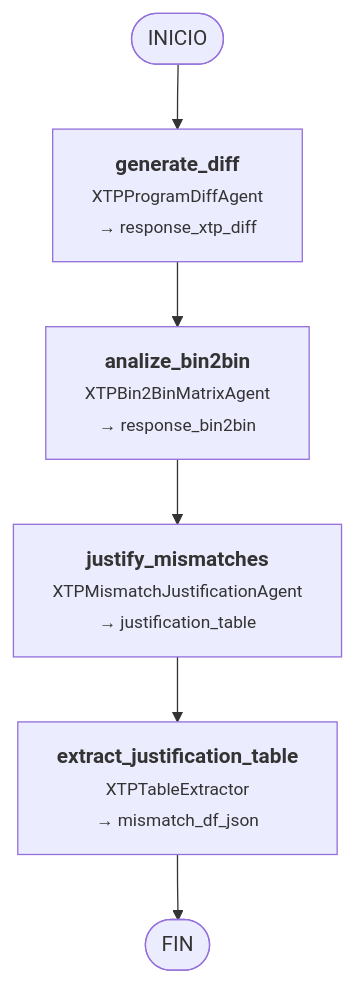
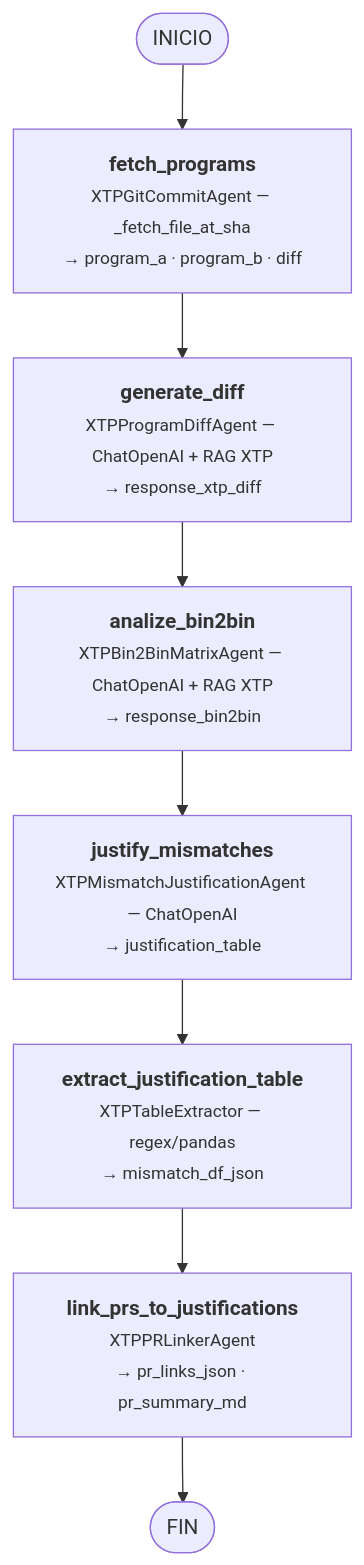
One commit to Aeacosta/LangChain101 changed the fourth of 9 diagrams in Diagrams_V2.md. Above: the diagram before and after it, drawn with Mermaid. The commit also changed other lines of this file and 16 other files, not shown here.

````diff
--- a/Diagrams_V2.md
+++ b/Diagrams_V2.md
@@ -38,15 +71,19 @@
 ```mermaid
 flowchart TD
     START([INICIO])
-    generate_diff["<b>generate_diff</b><br/><small>XTPProgramDiffAgent</small><br/><small>→ response_xtp_diff</small>"]
-    analize_bin2bin["<b>analize_bin2bin</b><br/><small>XTPBin2BinMatrixAgent</small><br/><small>→ response_bin2bin</small>"]
-    justify_mismatches["<b>justify_mismatches</b><br/><small>XTPMismatchJustificationAgent</small><br/><small>→ justification_table</small>"]
-    extract_justification_table["<b>extract_justification_table</b><br/><small>XTPTableExtractor</small><br/><small>→ mismatch_df_json</small>"]
+    fetch_programs["<b>fetch_programs</b><br/><small>XTPGitCommitAgent — _fetch_file_at_sha</small><br/><small>→ program_a · program_b · diff</small>"]
+    generate_diff["<b>generate_diff</b><br/><small>XTPProgramDiffAgent — ChatOpenAI + RAG XTP</small><br/><small>→ response_xtp_diff</small>"]
+    analize_bin2bin["<b>analize_bin2bin</b><br/><small>XTPBin2BinMatrixAgent — ChatOpenAI + RAG XTP</small><br/><small>→ response_bin2bin</small>"]
+    justify_mismatches["<b>justify_mismatches</b><br/><small>XTPMismatchJustificationAgent — ChatOpenAI</small><br/><small>→ justification_table</small>"]
+    extract_table["<b>extract_justification_table</b><br/><small>XTPTableExtractor — regex/pandas</small><br/><small>→ mismatch_df_json</small>"]
+    link_prs["<b>link_prs_to_justifications</b><br/><small>XTPPRLinkerAgent</small><br/><small>→ pr_links_json · pr_summary_md</small>"]
     END([FIN])
 
-    START --> generate_diff
+    START --> fetch_programs
+    fetch_programs --> generate_diff
     generate_diff --> analize_bin2bin
     analize_bin2bin --> justify_mismatches
-    justify_mismatches --> extract_justification_table
-    extract_justification_table --> END
+    justify_mismatches --> extract_table
+    extract_table --> link_prs
+    link_prs --> END
 ```
````
